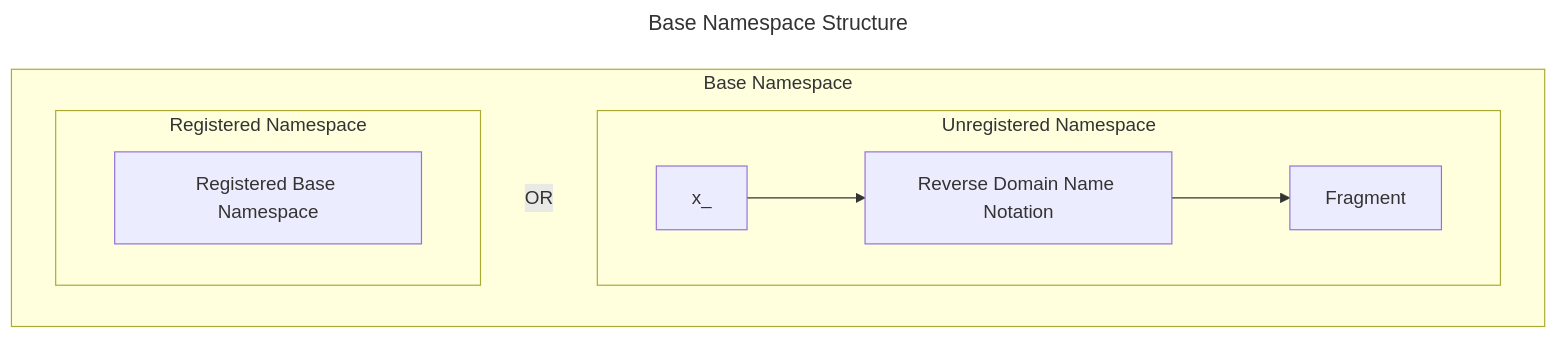
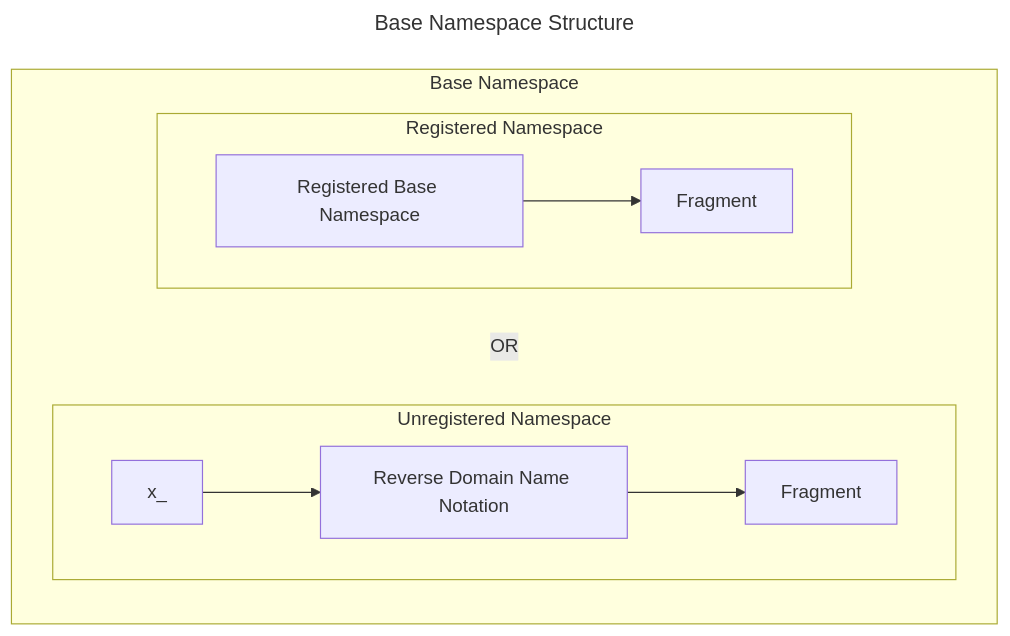
One commit to CERTCC/SSVC changed the second of 3 diagrams in docs/reference/code/namespaces.md. Above: the diagram before and after it, drawn with Mermaid. The commit also changed other lines of this file, not shown here.

````diff
--- a/docs/reference/code/namespaces.md
+++ b/docs/reference/code/namespaces.md
@@ -35,22 +35,24 @@
 ```mermaid
 ---
 title: Base Namespace Structure
 ---
 flowchart LR
     
 subgraph base_ns[Base Namespace]
-    direction LR
+    direction TB
     subgraph unregistered[Unregistered Namespace]
         direction LR
         xpfx[x_]
         reverse_ns[Reverse Domain Name Notation]
         fragment[Fragment]
         xpfx --> reverse_ns --> fragment
     end
     subgraph registered[Registered Namespace]
         direction LR
         base_registered[Registered Base Namespace]
+        base_fragment[Fragment]
+        base_registered --> base_fragment
     end
     registered ~~~|OR| unregistered
 end
 ```
````
